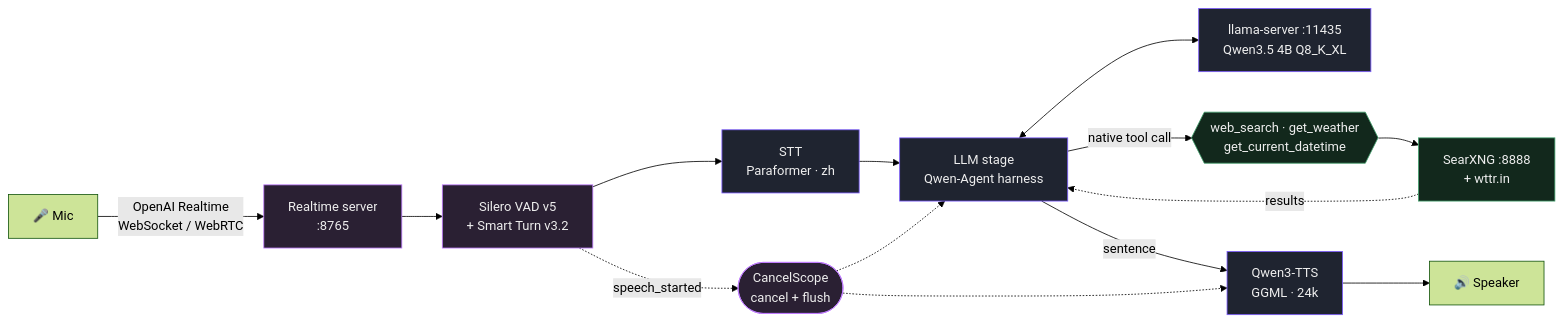
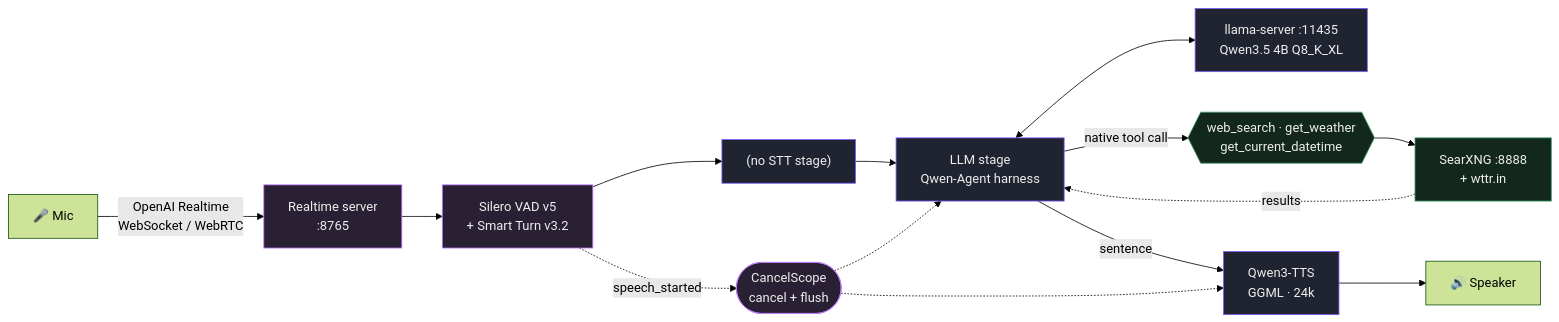
One commit to vieenrose/voice-chat changed the diagram in README.md. Above: the diagram before and after it, drawn with Mermaid (forest theme). The commit also changed other lines of this file and 7 other files, not shown here.

````diff
--- a/README.md
+++ b/README.md
@@ -11,23 +11,23 @@
 ```mermaid
 flowchart LR
     Mic["🎤 Mic"] -->|OpenAI Realtime<br/>WebSocket / WebRTC| RT["Realtime server<br/>:8765"]
     RT --> VAD["Silero VAD v5<br/>+ Smart Turn v3.2"]
-    VAD --> STT["STT<br/>Paraformer · zh"]
+    VAD --> STT["(no STT stage)"]
     STT --> AG["LLM stage<br/>Qwen-Agent harness"]
     AG <--> LLM["llama-server :11435<br/>Qwen3.5 4B Q8_K_XL"]
     AG -->|native tool call| T{{"web_search · get_weather<br/>get_current_datetime"}}
     T --> SX["SearXNG :8888<br/>+ wttr.in"]
     SX -.results.-> AG
     AG -->|sentence| TTS["Qwen3-TTS<br/>GGML · 24k"]
     TTS --> SPK["🔊 Speaker"]
     VAD -.->|speech_started| CS(["CancelScope<br/>cancel + flush"])
     CS -.-> AG
     CS -.-> TTS
 
     classDef m fill:#1f2430,stroke:#7c5cff,color:#eee
     classDef s fill:#12281c,stroke:#3f9e6a,color:#eee
     classDef f fill:#2a2033,stroke:#c07cff,color:#eee
     class STT,LLM,TTS,AG m
     class SX,T s
     class RT,VAD,CS f
 ```
````
